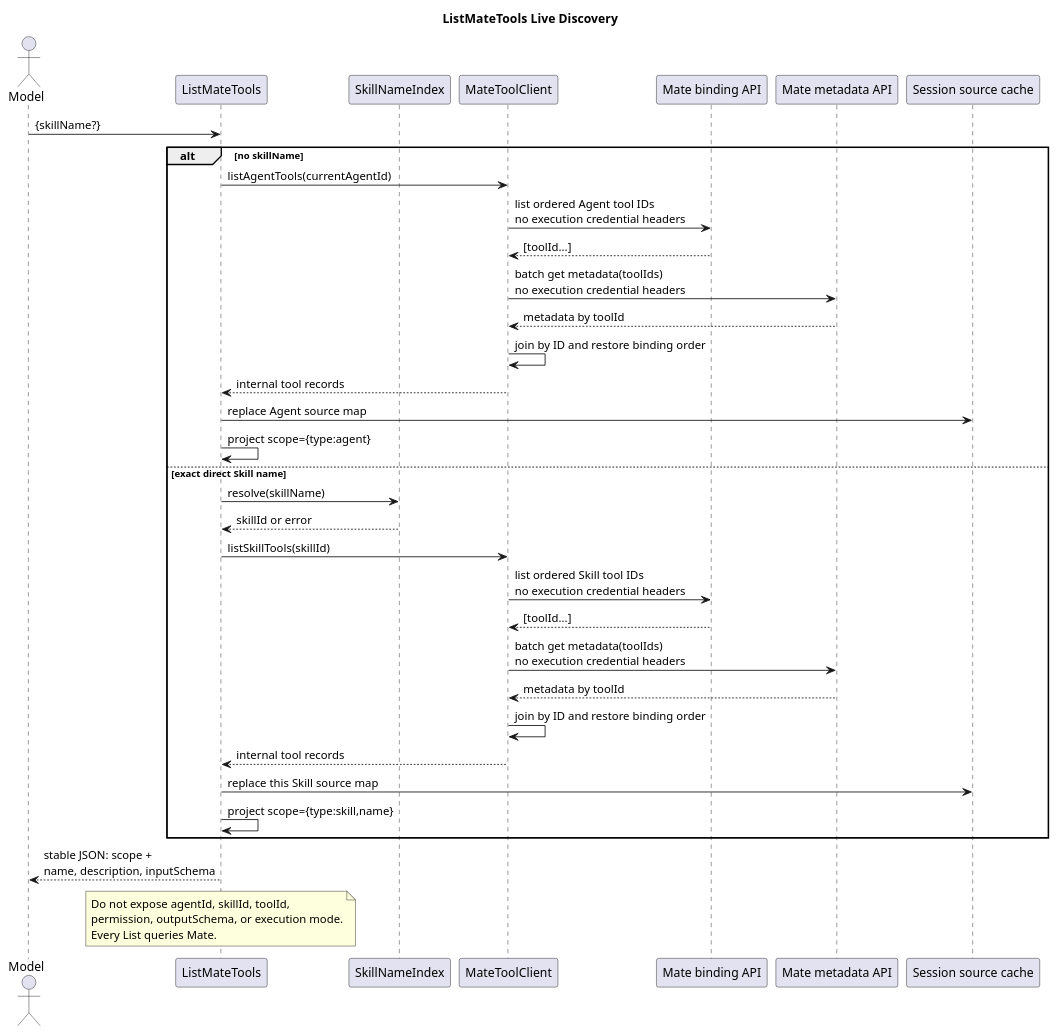
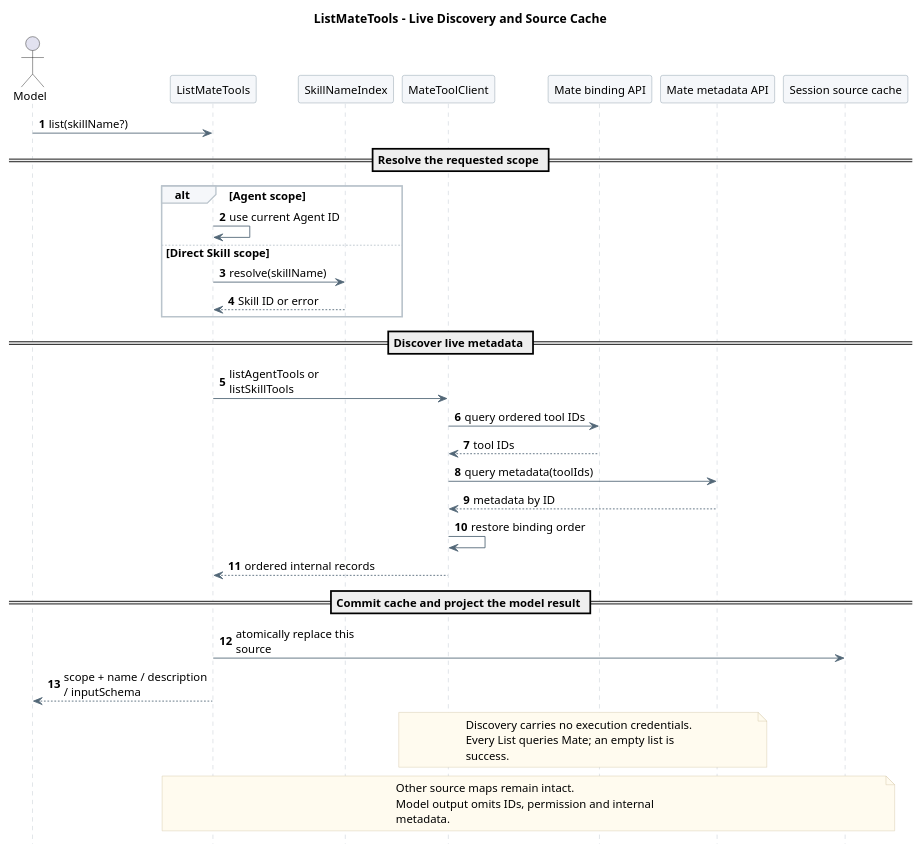
One commit to ssm0808/pi-mono-java-design changed the fourth of 11 diagrams in 01-总体架构/02-CampusClaw工具系统/diagram.puml. Above: the diagram before and after it, drawn with PlantUML. The commit also changed other lines of this file and 212 other files, not shown here.

Commit message:
docs(design): 精简模块文档并重排全仓设计图

```diff
--- a/01-总体架构/02-CampusClaw工具系统/diagram.puml
+++ b/01-总体架构/02-CampusClaw工具系统/diagram.puml
@@ -236,54 +265,65 @@
 @startuml list_mate_tools_sequence
-title ListMateTools Live Discovery
+skinparam backgroundColor white
+skinparam defaultFontName SansSerif
+skinparam defaultFontSize 13
 skinparam shadowing false
-
+skinparam sequenceMessageAlign left
+skinparam maxMessageSize 165
+skinparam sequenceArrowColor #526777
+skinparam sequenceLifeLineBorderColor #BAC4CC
+skinparam sequenceParticipantBackgroundColor #F5F7FA
+skinparam sequenceParticipantBorderColor #8496A4
+skinparam sequenceGroupBackgroundColor #F5F7FA
+skinparam sequenceGroupBorderColor #BAC4CC
+skinparam noteBackgroundColor #FFFBEF
+skinparam noteBorderColor #D2C6A5
+hide footbox
+autonumber
 ' Source evidence (pi-mono-java 320d790726a70aada6100052952d5494d2a378ac):
 ' modules/coding-agent-cli/src/main/java/com/campusclaw/codingagent/tool/mate/ListMateTool.java: execute.
 ' modules/coding-agent-cli/src/main/java/com/campusclaw/codingagent/tool/mate/MateToolSessionCache.java: refresh.
 ' modules/coding-agent-cli/src/main/java/com/campusclaw/codingagent/common/client/HttpMateToolClient.java:
 ' queryToolIdsByAgentId, queryToolIdsBySkillId, and queryToolMetaByIds.
 ' Observed behavior: discovery currently receives the same three Mate credentials as execute.
 ' Java divergence: current List writes one flat name-to-ID map and Call depends on a prior List.
 ' Security hardening: Agent, Skill, and metadata discovery never receive execution credentials.
 ' Design reason: List stays live and updates only its source cache without exposing credentials.
+title ListMateTools - Live Discovery and Source Cache
 
 actor Model
 participant "ListMateTools" as List
 participant "SkillNameIndex" as Index
 participant "MateToolClient" as Client
 participant "Mate binding API" as Binding
 participant "Mate metadata API" as Meta
 participant "Session source cache" as Cache
-
-Model -> List : {skillName?}
-alt no skillName
-  List -> Client : listAgentTools(currentAgentId)
-  Client -> Binding : list ordered Agent tool IDs\nno execution credential headers
-  Binding --> Client : [toolId...]
-  Client -> Meta : batch get metadata(toolIds)\nno execution credential headers
-  Meta --> Client : metadata by toolId
-  Client -> Client : join by ID and restore binding order
-  Client --> List : internal tool records
-  List -> Cache : replace Agent source map
-  List -> List : project scope={type:agent}
-else exact direct Skill name
+Model -> List : list(skillName?)
+== Resolve the requested scope ==
+alt Agent scope
+  List -> List : use current Agent ID
+else Direct Skill scope
   List -> Index : resolve(skillName)
-  Index --> List : skillId or error
-  List -> Client : listSkillTools(skillId)
-  Client -> Binding : list ordered Skill tool IDs\nno execution credential headers
-  Binding --> Client : [toolId...]
-  Client -> Meta : batch get metadata(toolIds)\nno execution credential headers
-  Meta --> Client : metadata by toolId
-  Client -> Client : join by ID and restore binding order
-  Client --> List : internal tool records
-  List -> Cache : replace this Skill source map
-  List -> List : project scope={type:skill,name}
+  Index --> List : Skill ID or error
 end
-List --> Model : stable JSON: scope +\nname, description, inputSchema
-
-note over List
-Do not expose agentId, skillId, toolId,
-permission, outputSchema, or execution mode.
-Every List queries Mate.
+== Discover live metadata ==
+List -> Client : listAgentTools or listSkillTools
+Client -> Binding : query ordered tool IDs
+Binding --> Client : tool IDs
+Client -> Meta : query metadata(toolIds)
+Meta --> Client : metadata by ID
+Client -> Client : restore binding order
+Client --> List : ordered internal records
+== Commit cache and project the model result ==
+List -> Cache : atomically replace this source
+List --> Model : scope + name / description / inputSchema
+note over Client,Meta
+  Discovery carries no execution credentials.
+  Every List queries Mate; an empty list is
+  success.
+end note
+note over List,Cache
+  Other source maps remain intact.
+  Model output omits IDs, permission and internal
+  metadata.
 end note
 @enduml
```
